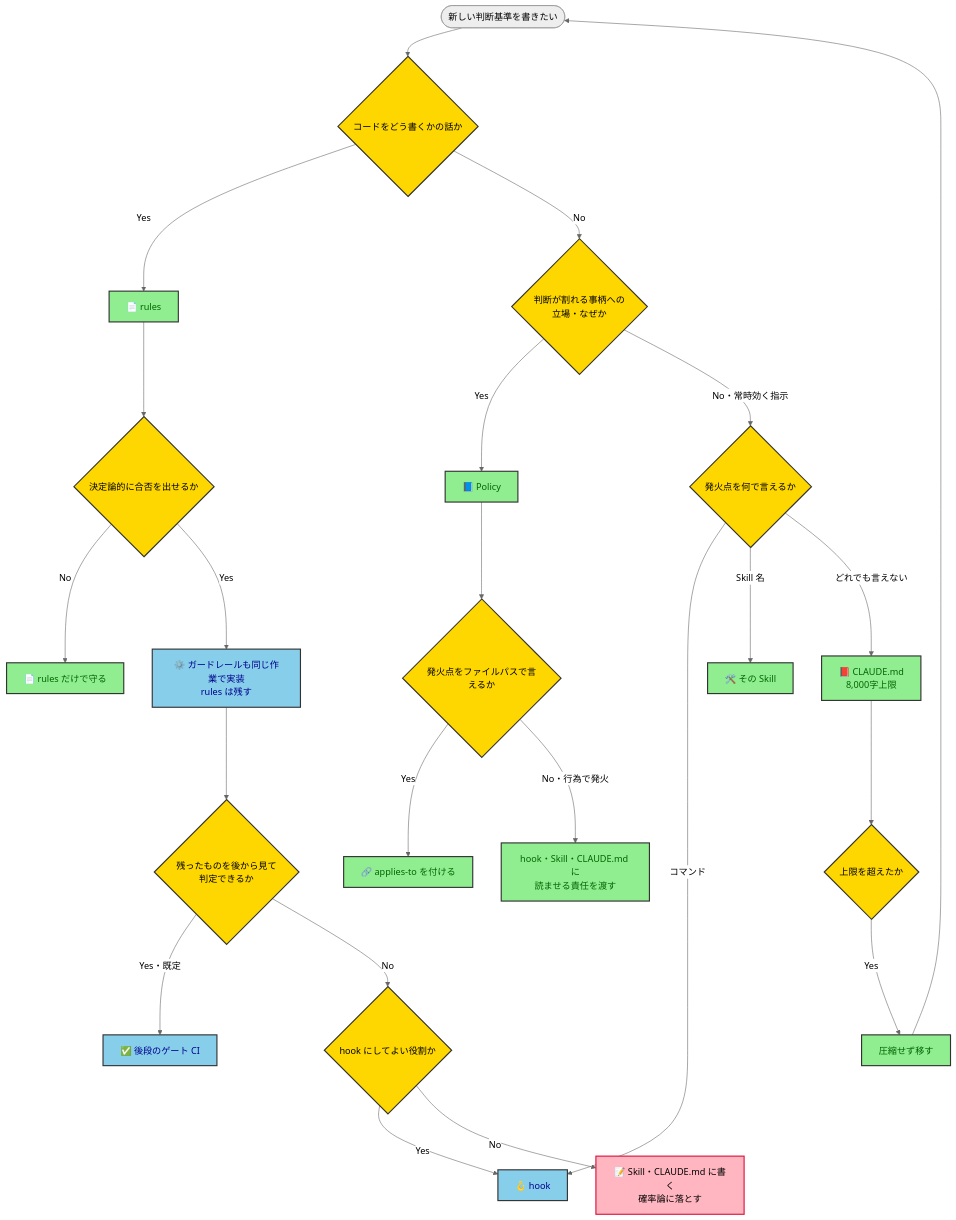
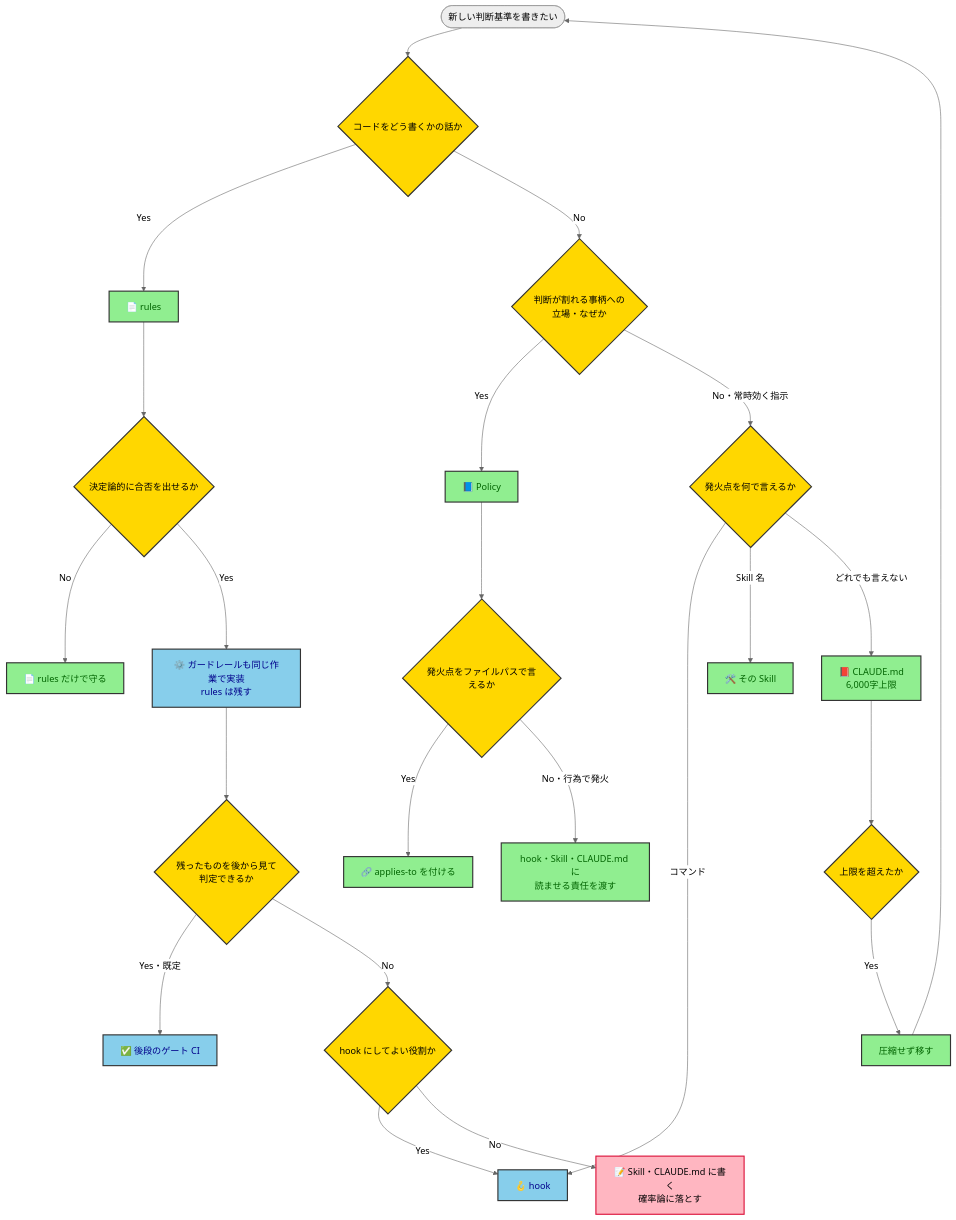
The diagram in docs/policy/policy-driven-development-policy.md (kasiopeiya/claude-dev-template), drawn with Mermaid (neutral theme) before and after one commit. The commit also changed other lines of this file and 9 other files, not shown here.

````diff
--- a/docs/policy/policy-driven-development-policy.md
+++ b/docs/policy/policy-driven-development-policy.md
@@ -52,41 +52,41 @@
 ```mermaid
 flowchart TD
     Start(["新しい判断基準を書きたい"]) --> Q1{"コードをどう書くかの話か"}
 
     Q1 -->|Yes| Rules["📄 rules"]
     Q1 -->|No| Q2{"判断が割れる事柄への<br/>立場・なぜか"}
 
     Rules --> Q3{"決定論的に合否を出せるか"}
     Q3 -->|No| RulesOnly["📄 rules だけで守る"]
     Q3 -->|Yes| Guard["⚙️ ガードレールも同じ作業で実装<br/>rules は残す"]
 
     Guard --> Q4{"残ったものを後から見て<br/>判定できるか"}
     Q4 -->|"Yes・既定"| CI["✅ 後段のゲート CI"]
     Q4 -->|No| Q5{"hook にしてよい役割か"}
     Q5 -->|Yes| Hook["🪝 hook"]
     Q5 -->|No| Prose["📝 Skill・CLAUDE.md に書く<br/>確率論に落とす"]
 
     Q2 -->|Yes| Policy["📘 Policy"]
     Q2 -->|"No・常時効く指示"| Q7{"発火点を何で言えるか"}
 
     Policy --> Q6{"発火点をファイルパスで言えるか"}
     Q6 -->|Yes| Applies["🔗 applies-to を付ける"]
     Q6 -->|"No・行為で発火"| NoApplies["hook・Skill・CLAUDE.md に<br/>読ませる責任を渡す"]
 
     Q7 -->|コマンド| Hook
     Q7 -->|"Skill 名"| SkillPlace["🛠️ その Skill"]
-    Q7 -->|"どれでも言えない"| Claude["📕 CLAUDE.md<br/>8,000字上限"]
+    Q7 -->|"どれでも言えない"| Claude["📕 CLAUDE.md<br/>6,000字上限"]
     Claude --> Q8{"上限を超えたか"}
     Q8 -->|Yes| Move["圧縮せず移す"]
     Move --> Start
 
     classDef decision fill:#FFD700,stroke:#333,stroke-width:2px,color:black
     classDef place fill:#90EE90,stroke:#333,stroke-width:2px,color:darkgreen
     classDef machine fill:#87CEEB,stroke:#333,stroke-width:2px,color:darkblue
     classDef weak fill:#FFB6C1,stroke:#DC143C,stroke-width:2px,color:black
 
     class Q1,Q2,Q3,Q4,Q5,Q6,Q7,Q8 decision
     class Rules,RulesOnly,Policy,Applies,NoApplies,SkillPlace,Claude,Move place
     class Guard,CI,Hook machine
     class Prose weak
 ```
````
